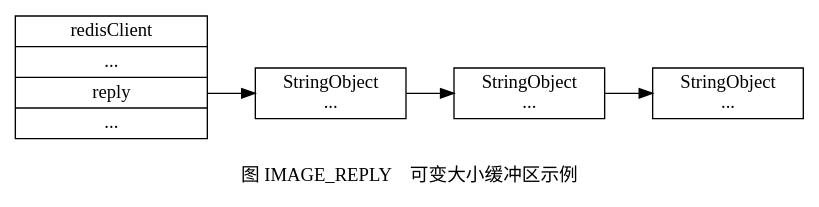
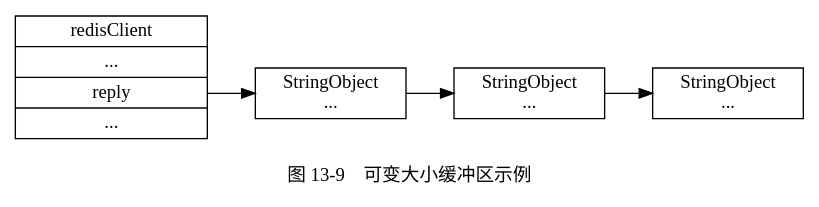
The seventh of 9 diagrams in preview/client/redis_client_property.rst (huangzworks/redisbook1e), drawn with Graphviz before and after one commit. The commit also changed other lines of this file and 4 other files, not shown here.

Commit message:
修正图 13-5 、14-3 和 14-6 ，感谢 凯旋冲锋 的提醒。

```diff
--- a/preview/client/redis_client_property.rst
+++ b/preview/client/redis_client_property.rst
@@ -601,17 +601,17 @@
 .. graphviz::
 
     digraph {
 
-        label = "\n 图 IMAGE_REPLY    可变大小缓冲区示例";
+        label = "\n 图 13-9    可变大小缓冲区示例";
 
         rankdir = LR;
 
         node [shape = record];
 
         redisClient [label = " redisClient | ... | <reply> reply | ... ", width = 2];
 
         node [label = " <head> StringObject \n ... "];
 
         redisClient:reply -> s1:head -> s2:head -> s3:head;
 
     }
```
